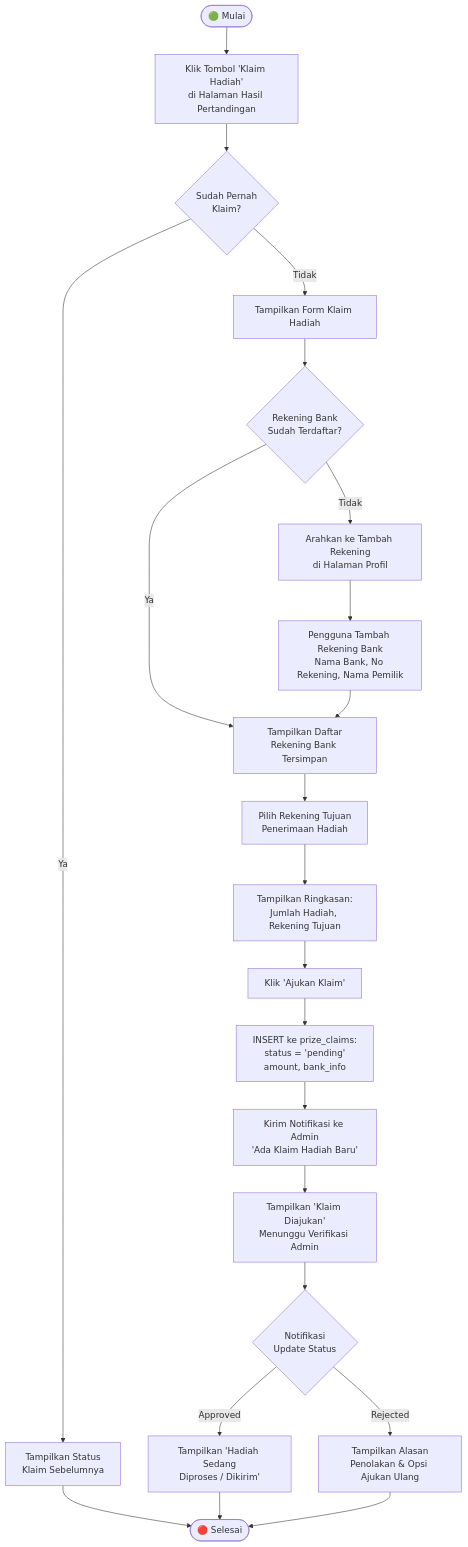
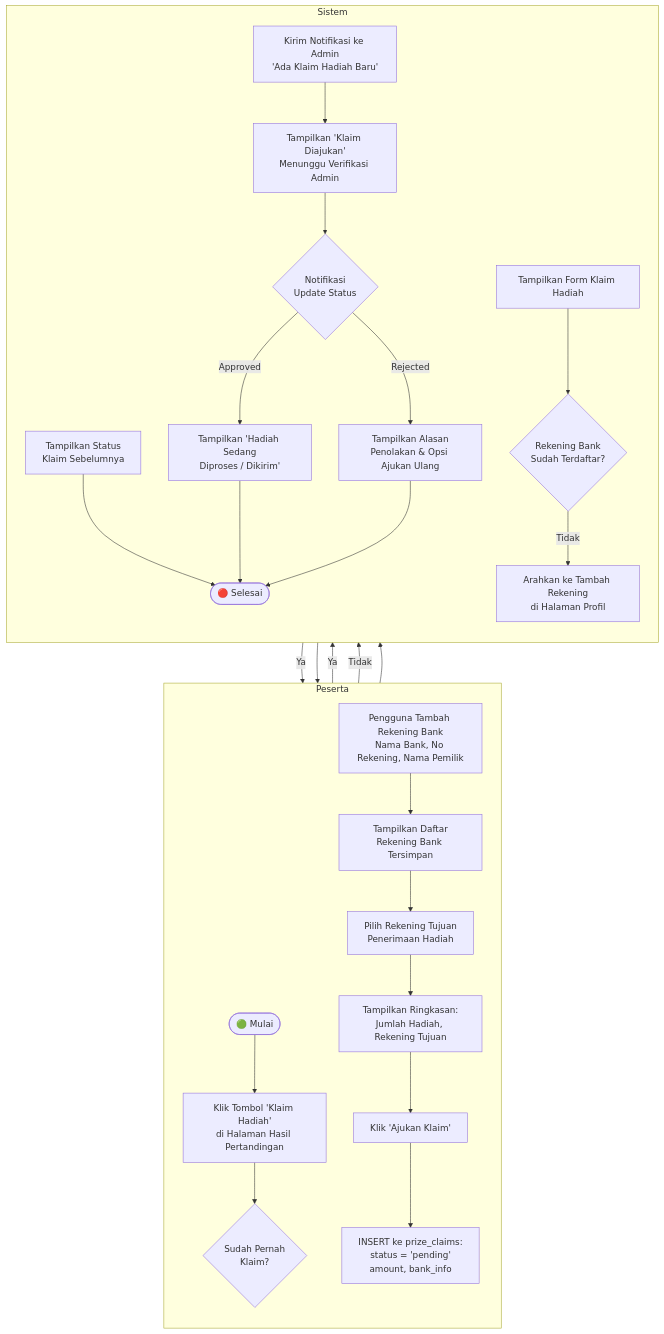
One commit to yosima050/booyahhub changed diagram 11 of 43 in DOKUMENTASI.md. Above: the diagram before and after it, drawn with Mermaid. The commit also changed other lines of this file, not shown here.

Commit message:
docs: rename Platform Owner role to Platform and refactor Mermaid flowcharts in documentation

````diff
--- a/DOKUMENTASI.md
+++ b/DOKUMENTASI.md
@@ -467,23 +533,30 @@
 ```mermaid
 flowchart TD
-    A([🟢 Mulai]) --> B[Klik Tombol 'Klaim Hadiah'\ndi Halaman Hasil Pertandingan]
-    B --> C{Sudah Pernah\nKlaim?}
-    C -->|Ya| D[Tampilkan Status\nKlaim Sebelumnya]
-    D --> Z([🔴 Selesai])
-    C -->|Tidak| E[Tampilkan Form Klaim Hadiah]
-    E --> F{Rekening Bank\nSudah Terdaftar?}
-    F -->|Ya| G[Tampilkan Daftar\nRekening Bank Tersimpan]
-    F -->|Tidak| H[Arahkan ke Tambah Rekening\ndi Halaman Profil]
-    H --> I[Pengguna Tambah Rekening Bank\nNama Bank, No Rekening, Nama Pemilik]
-    I --> G
-    G --> J[Pilih Rekening Tujuan\nPenerimaan Hadiah]
-    J --> K[Tampilkan Ringkasan:\nJumlah Hadiah, Rekening Tujuan]
-    K --> L[Klik 'Ajukan Klaim']
-    L --> M[INSERT ke prize_claims:\nstatus = 'pending'\namount, bank_info]
-    M --> N[Kirim Notifikasi ke Admin\n'Ada Klaim Hadiah Baru']
-    N --> O[Tampilkan 'Klaim Diajukan'\nMenunggu Verifikasi Admin]
-    O --> P{Notifikasi\nUpdate Status}
-    P -->|Approved| Q[Tampilkan 'Hadiah Sedang\nDiproses / Dikirim']
-    P -->|Rejected| R[Tampilkan Alasan\nPenolakan & Opsi Ajukan Ulang]
-    Q & R --> Z
+    subgraph Peserta
+        direction TB
+        A([🟢 Mulai]) --> B[Klik Tombol 'Klaim Hadiah'<br/>di Halaman Hasil Pertandingan]
+        B --> C
+        I[Pengguna Tambah Rekening Bank<br/>Nama Bank, No Rekening, Nama Pemilik] --> G
+        J[Pilih Rekening Tujuan<br/>Penerimaan Hadiah] --> K
+        L[Klik 'Ajukan Klaim'] --> M
+    end
+
+    subgraph Sistem
+        direction TB
+        C{Sudah Pernah<br/>Klaim?} -->|Ya| D[Tampilkan Status<br/>Klaim Sebelumnya]
+        D --> Z([🔴 Selesai])
+        C -->|Tidak| E[Tampilkan Form Klaim Hadiah]
+        E --> F{Rekening Bank<br/>Sudah Terdaftar?}
+        F -->|Ya| G[Tampilkan Daftar<br/>Rekening Bank Tersimpan]
+        F -->|Tidak| H[Arahkan ke Tambah Rekening<br/>di Halaman Profil]
+        H --> I
+        G --> J
+        K[Tampilkan Ringkasan:<br/>Jumlah Hadiah, Rekening Tujuan] --> L
+        M[INSERT ke prize_claims:<br/>status = 'pending'<br/>amount, bank_info] --> N[Kirim Notifikasi ke Admin<br/>'Ada Klaim Hadiah Baru']
+        N --> O[Tampilkan 'Klaim Diajukan'<br/>Menunggu Verifikasi Admin]
+        O --> P{Notifikasi<br/>Update Status}
+        P -->|Approved| Q[Tampilkan 'Hadiah Sedang<br/>Diproses / Dikirim']
+        P -->|Rejected| R[Tampilkan Alasan<br/>Penolakan & Opsi Ajukan Ulang]
+        Q & R --> Z
+    end
 ```
````
